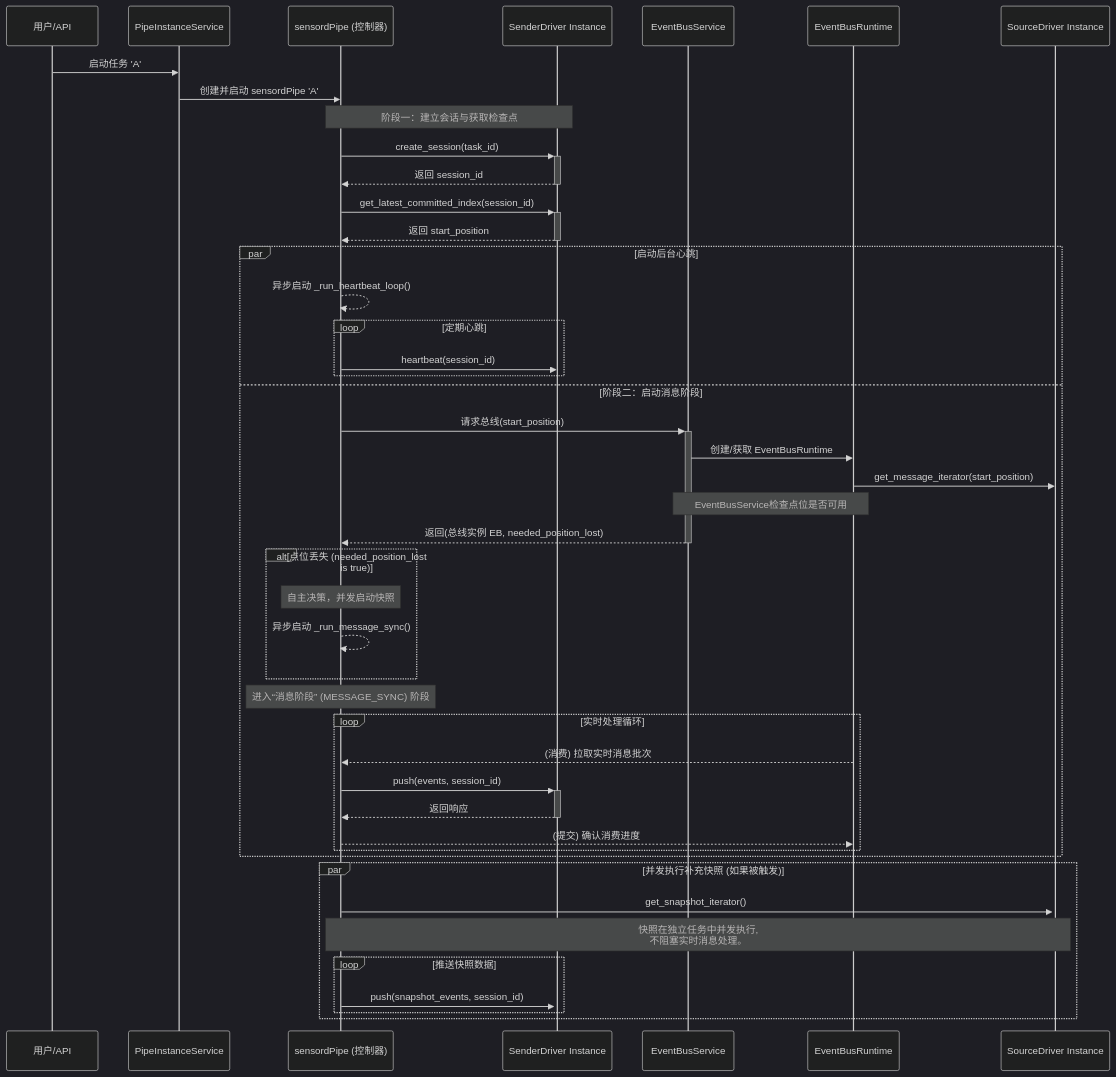
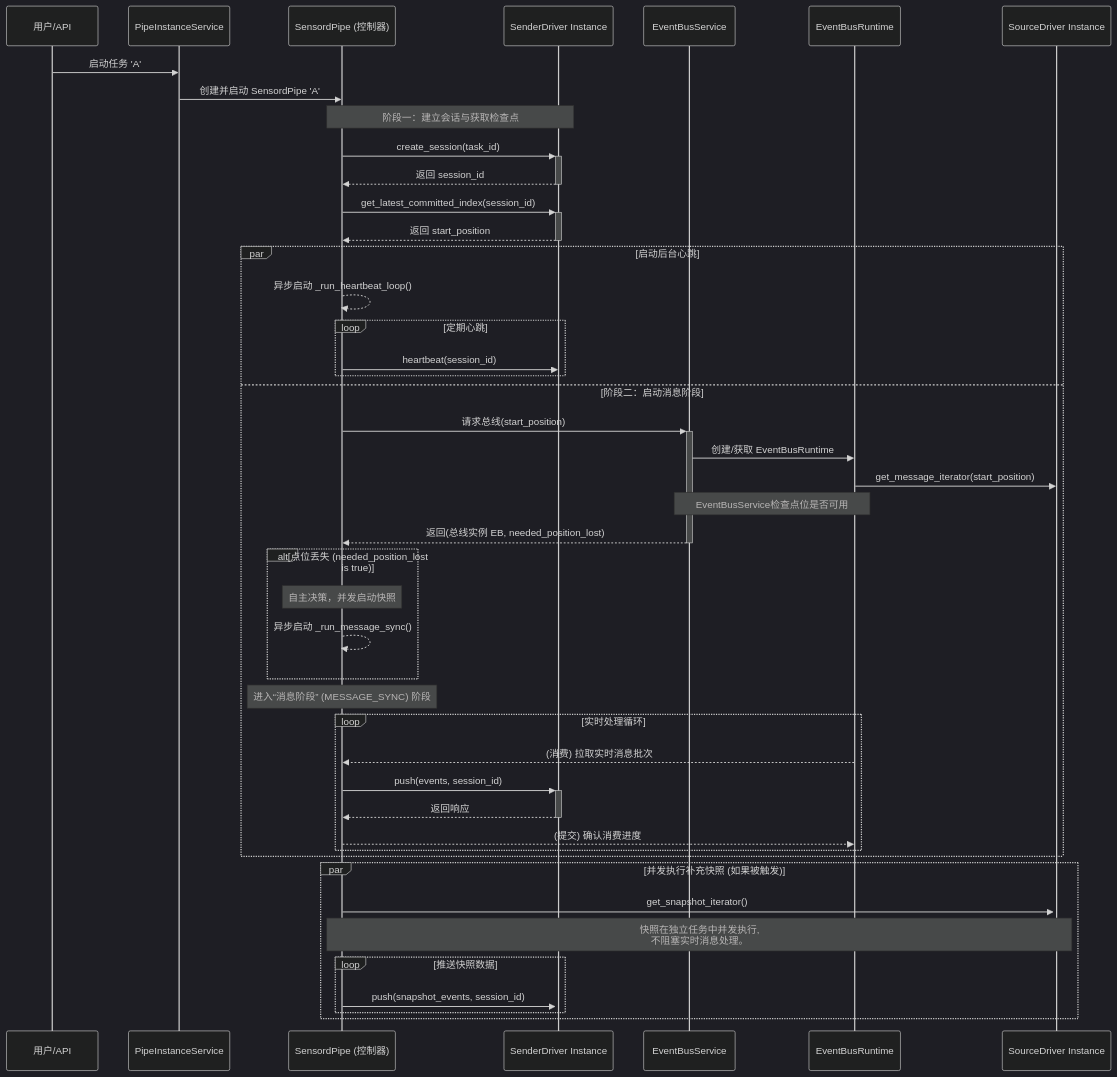
Before and after one commit to excelwang/fustor-data-platform: the first of 2 diagrams in sensord/docs/architecture/core_arch.md, drawn with Mermaid (dark theme). The commit also changed other lines of this file and 79 other files, not shown here.

Commit message:
refactor: Rename `sensordPipe` to `SensordPipe` and `fustordPipe` to `FustordPipe` across the codebase to align with Python class naming conventions.

````diff
--- a/sensord/docs/architecture/core_arch.md
+++ b/sensord/docs/architecture/core_arch.md
@@ -40,53 +40,53 @@
 ```mermaid
 sequenceDiagram
     participant User as 用户/API
     participant SIS as PipeInstanceService
-    participant SI as sensordPipe (控制器)
+    participant SI as SensordPipe (控制器)
     participant PDI as SenderDriver Instance
     participant EBS as EventBusService
     participant EB as EventBusRuntime
     participant SDI as SourceDriver Instance
 
     User->>SIS: 启动任务 'A'
-    SIS->>SI: 创建并启动 sensordPipe 'A'
+    SIS->>SI: 创建并启动 SensordPipe 'A'
 
     Note over SI, PDI: 阶段一：建立会话与获取检查点
     SI->>+PDI: create_session(task_id)
     PDI-->>-SI: 返回 session_id
     SI->>+PDI: get_latest_committed_index(session_id)
     PDI-->>-SI: 返回 start_position
 
     par 启动后台心跳
         SI-->>SI: 异步启动 _run_heartbeat_loop()
         loop 定期心跳
             SI->>PDI: heartbeat(session_id)
         end
     and 阶段二：启动消息阶段
         SI->>+EBS: 请求总线(start_position)
         EBS->>EB: 创建/获取 EventBusRuntime
         EB->>SDI: get_message_iterator(start_position)
         Note over EBS, EB: EventBusService检查点位是否可用
         EBS-->>-SI: 返回(总线实例 EB, needed_position_lost)
 
         alt 点位丢失 (needed_position_lost is true)
             Note over SI: 自主决策，并发启动快照
             SI-->>SI: 异步启动 _run_message_sync()
         end
 
         Note over SI: 进入“消息阶段” (MESSAGE_SYNC) 阶段
         loop 实时处理循环
             EB-->>SI: (消费) 拉取实时消息批次
             SI->>+PDI: push(events, session_id)
             PDI-->>-SI: 返回响应
             SI-->>EB: (提交) 确认消费进度
         end
     end
 
     par 并发执行补充快照 (如果被触发)
         SI->>+SDI: get_snapshot_iterator()
         Note over SDI, SI: 快照在独立任务中并发执行, <br/>不阻塞实时消息处理。
         loop 推送快照数据
             SI->>+PDI: push(snapshot_events, session_id)
         end
     end
 ```
````
